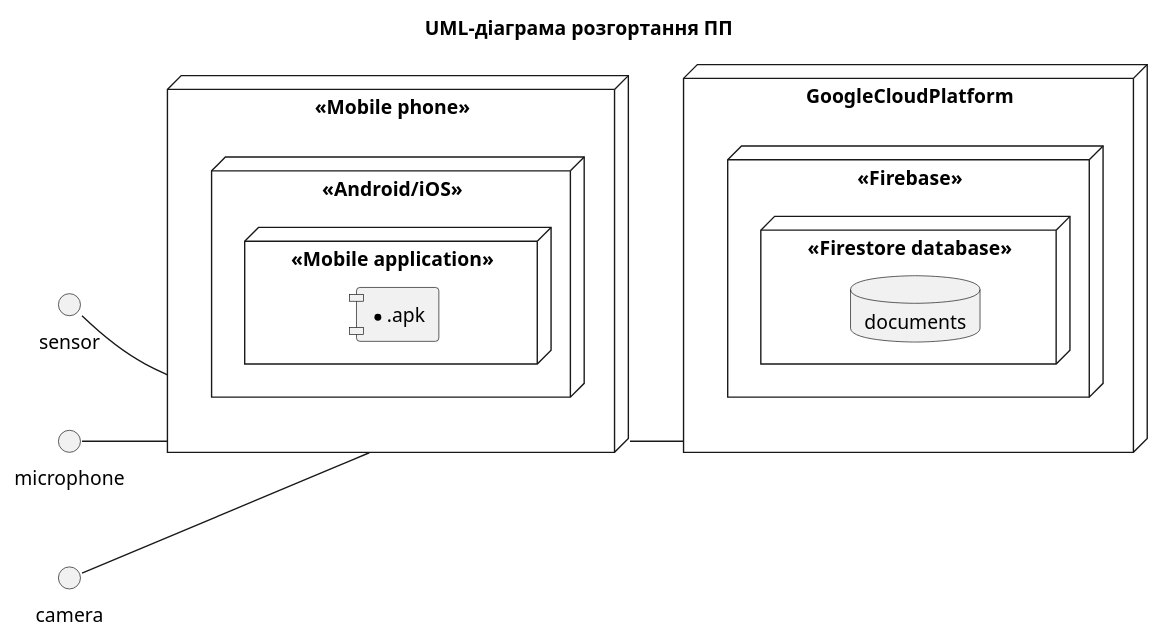
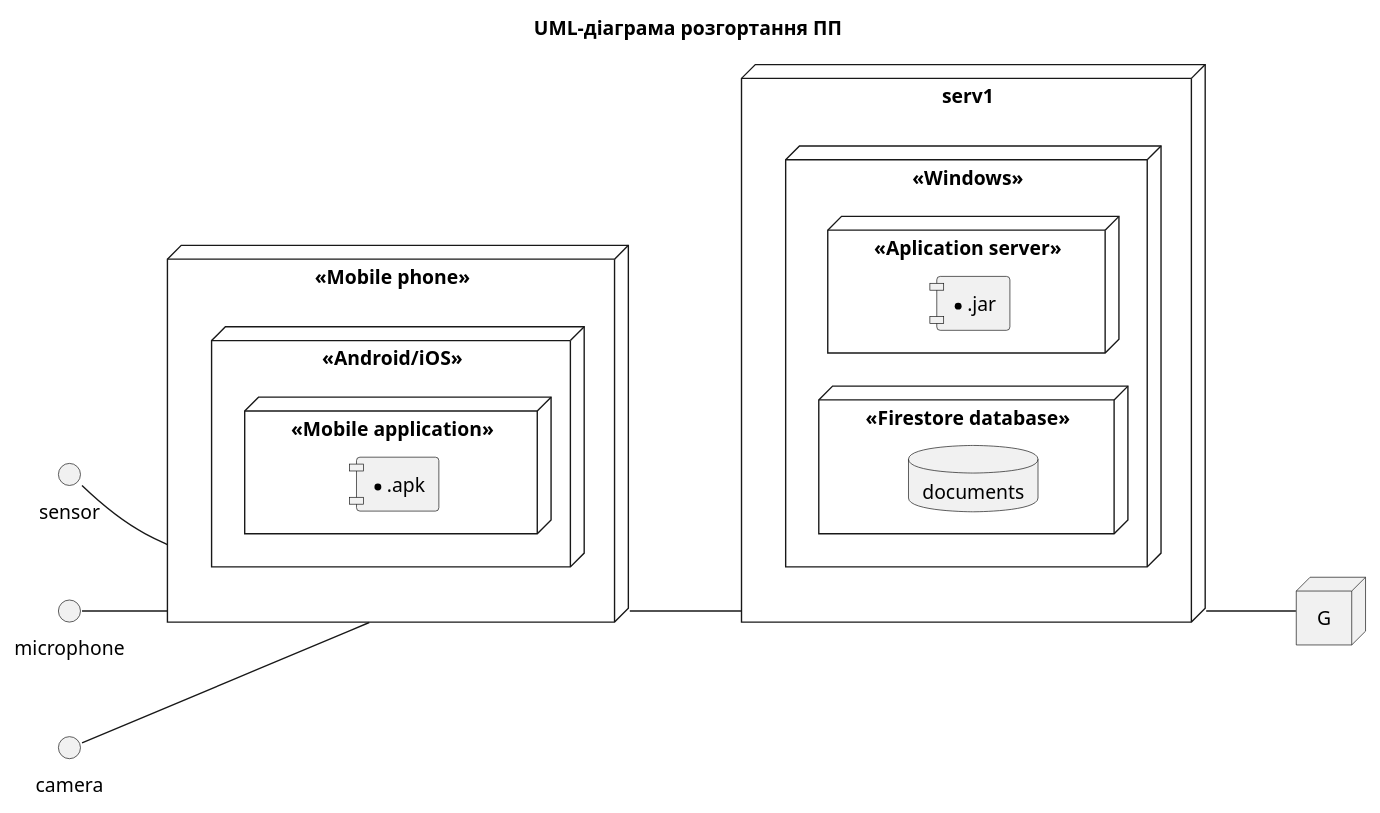
One commit to OS-IS/ai202-baranyuk changed the diagram in Laboratory-work-2/UML-Deployment.puml. Above: the diagram before and after it, drawn with PlantUML. The commit also changed other lines of this file, not shown here.

```diff
--- a/Laboratory-work-2/UML-Deployment.puml
+++ b/Laboratory-work-2/UML-Deployment.puml
@@ -1,37 +1,46 @@
 @startuml
 
 title UML-діаграма розгортання ПП
 
 left to right direction
 
 skinparam componentStyle uml1
 
 node "<<Mobile phone>>" as dk {
     node "<<Android/iOS>>" {
         node "<<Mobile application>>" {
             component [*.apk]
         }
     }
 }
 
 interface sensor as se
 
 interface microphone as mc
 
 interface camera as cm 
 
 se -- dk
 mc -- dk
 cm -- dk
 
-dk -- GoogleCloudPlatform
+dk -- serv1
+serv1 -- G
 
-node "<<Google cloud platform>>" as GoogleCloudPlatform {
+node "<<Server 1>>" as serv1 {
+	node "<<Windows>>" as l2 {
+	    node "<<Aplication server>>" {
+		    component [*.jar]
+		}
+	}
+}
+
+node "<<Google cloud platform>>" as G{
 	node "<<Firebase>>" as l2 {
 	    node "<<Firestore database>>" {
 		    database documents
 		}
 	}
 }
 
 @enduml
```
